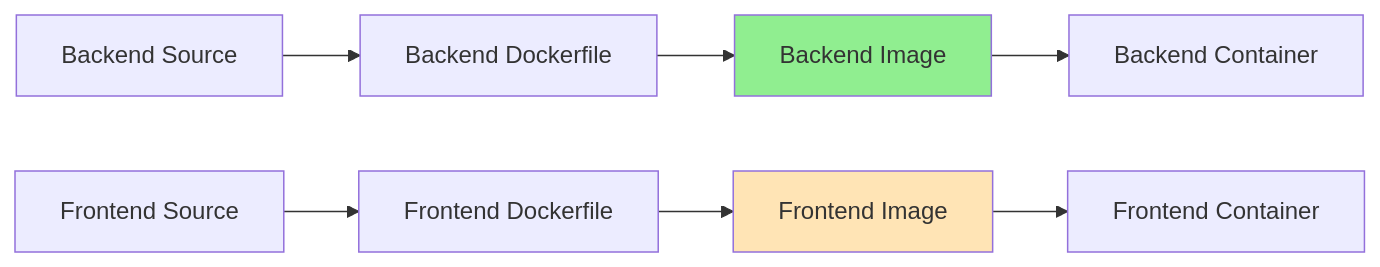
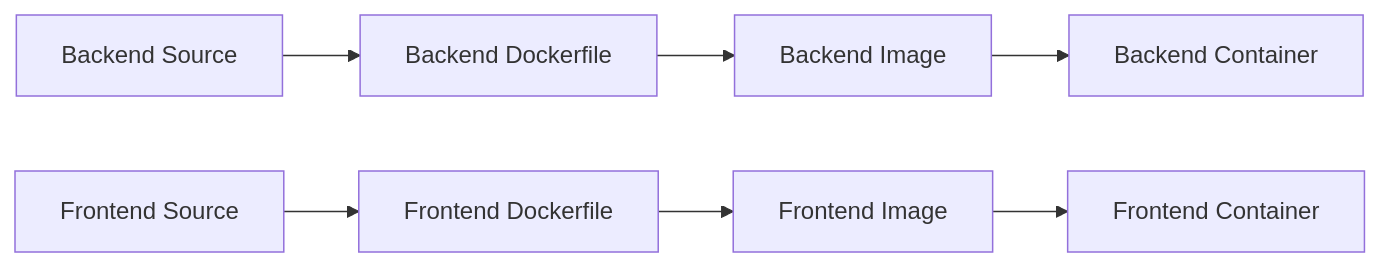
One commit to 4gh0rn/dev-blog changed the second of 9 diagrams in docs/projects/conduit-container.md. Above: the diagram before and after it, drawn with Mermaid. The commit also changed other lines of this file and 17 other files, not shown here.

````diff
--- a/docs/projects/conduit-container.md
+++ b/docs/projects/conduit-container.md
@@ -81,14 +78,11 @@
 ```mermaid
 graph LR
     A[Backend Source] --> B[Backend Dockerfile]
     B --> C[Backend Image]
     
     D[Frontend Source] --> E[Frontend Dockerfile]
     E --> F[Frontend Image]
     
     C --> G[Backend Container]
     F --> H[Frontend Container]
-    
-    style C fill:#90EE90
-    style F fill:#FFE4B5
 ```
````
